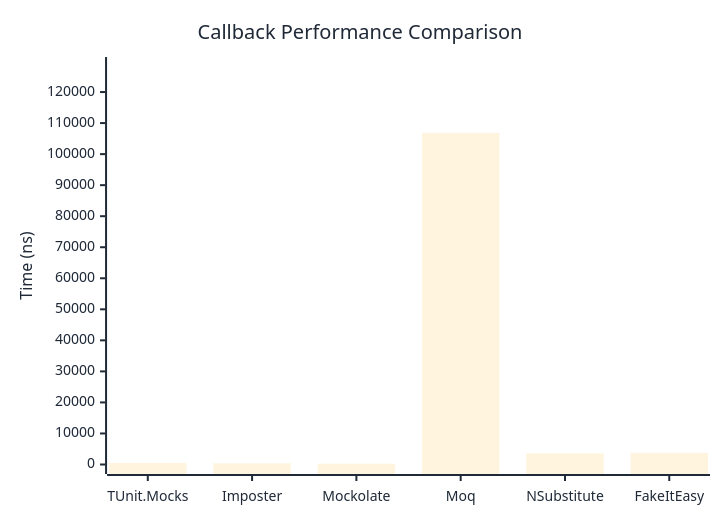
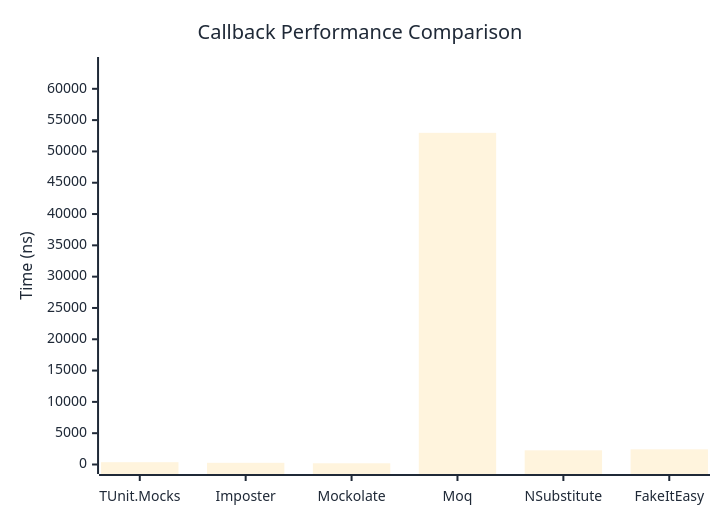
Before and after one commit to thomhurst/TUnit: the first of 2 diagrams in docs/docs/benchmarks/mocks/Callback.md, drawn with Mermaid. The commit also changed other lines of this file and 14 other files, not shown here.

````diff
--- a/docs/docs/benchmarks/mocks/Callback.md
+++ b/docs/docs/benchmarks/mocks/Callback.md
@@ -30,27 +30,27 @@
 ```mermaid
 %%{init: {
   'theme':'base',
   'themeVariables': {
     'primaryColor': '#2563eb',
     'primaryTextColor': '#1f2937',
     'primaryBorderColor': '#1e40af',
     'lineColor': '#6b7280',
     'secondaryColor': '#7c3aed',
     'tertiaryColor': '#dc2626',
     'background': '#ffffff',
     'pie1': '#2563eb',
     'pie2': '#7c3aed',
     'pie3': '#dc2626',
     'pie4': '#f59e0b',
     'pie5': '#10b981',
     'pie6': '#06b6d4',
     'pie7': '#ec4899',
     'pie8': '#6366f1'
   }
 }}%%
 xychart-beta
   title "Callback Performance Comparison"
   x-axis ["TUnit.Mocks", "Imposter", "Mockolate", "Moq", "NSubstitute", "FakeItEasy"]
-  y-axis "Time (ns)" 0 --> 128230
-  bar [529.6, 380.7, 265.8, 106858, 3567.8, 3759.4]
+  y-axis "Time (ns)" 0 --> 63562
+  bar [369.7, 268.4, 197.1, 52968, 2261.8, 2424.4]
 ```
````
